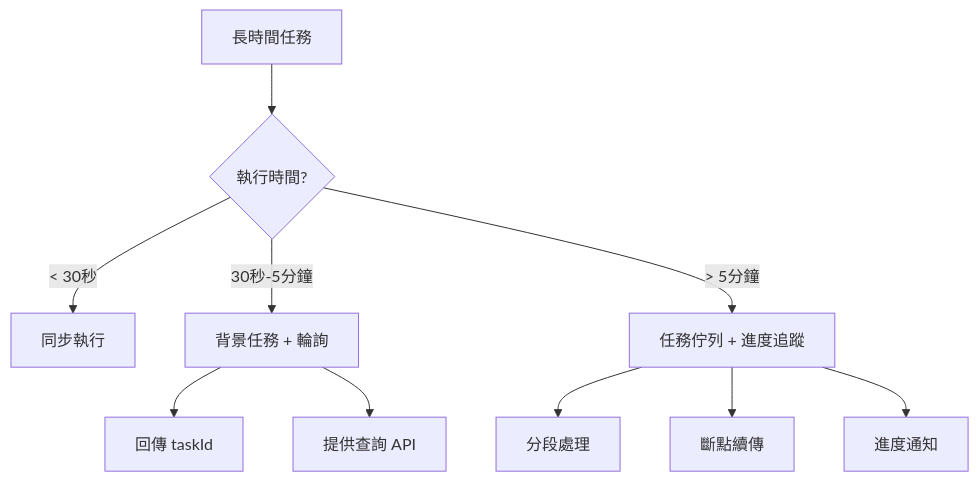
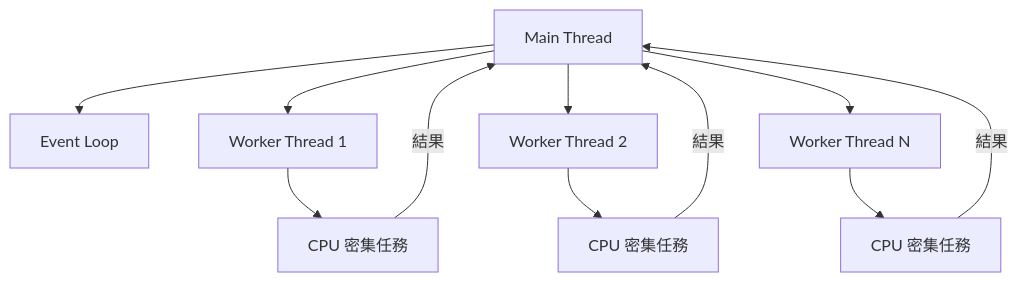
Diagram 11 of 30 in content/posts/教學/framework/Node.js生態系教學手冊.md (chihhung/Blog), drawn with Mermaid before and after one commit. The commit also changed other lines of this file, not shown here.

````diff
--- a/content/posts/教學/framework/Node.js生態系教學手冊.md
+++ b/content/posts/教學/framework/Node.js生態系教學手冊.md
@@ -2048,14 +2496,15 @@
 ```mermaid
 graph TD
-    A[長時間任務] --> B{執行時間?}
-    B -->|< 30秒| C[同步執行]
-    B -->|30秒-5分鐘| D[背景任務 + 輪詢]
-    B -->|> 5分鐘| E[任務佇列 + 進度追蹤]
+    A[Main Thread] --> B[Event Loop]
+    A --> C[Worker Thread 1]
+    A --> D[Worker Thread 2]
+    A --> E[Worker Thread N]
     
-    D --> D1[回傳 taskId]
-    D --> D2[提供查詢 API]
+    C --> F[CPU 密集任務]
+    D --> G[CPU 密集任務]
+    E --> H[CPU 密集任務]
     
-    E --> E1[分段處理]
-    E --> E2[斷點續傳]
-    E --> E3[進度通知]
+    F -->|結果| A
+    G -->|結果| A
+    H -->|結果| A
 ```
````
